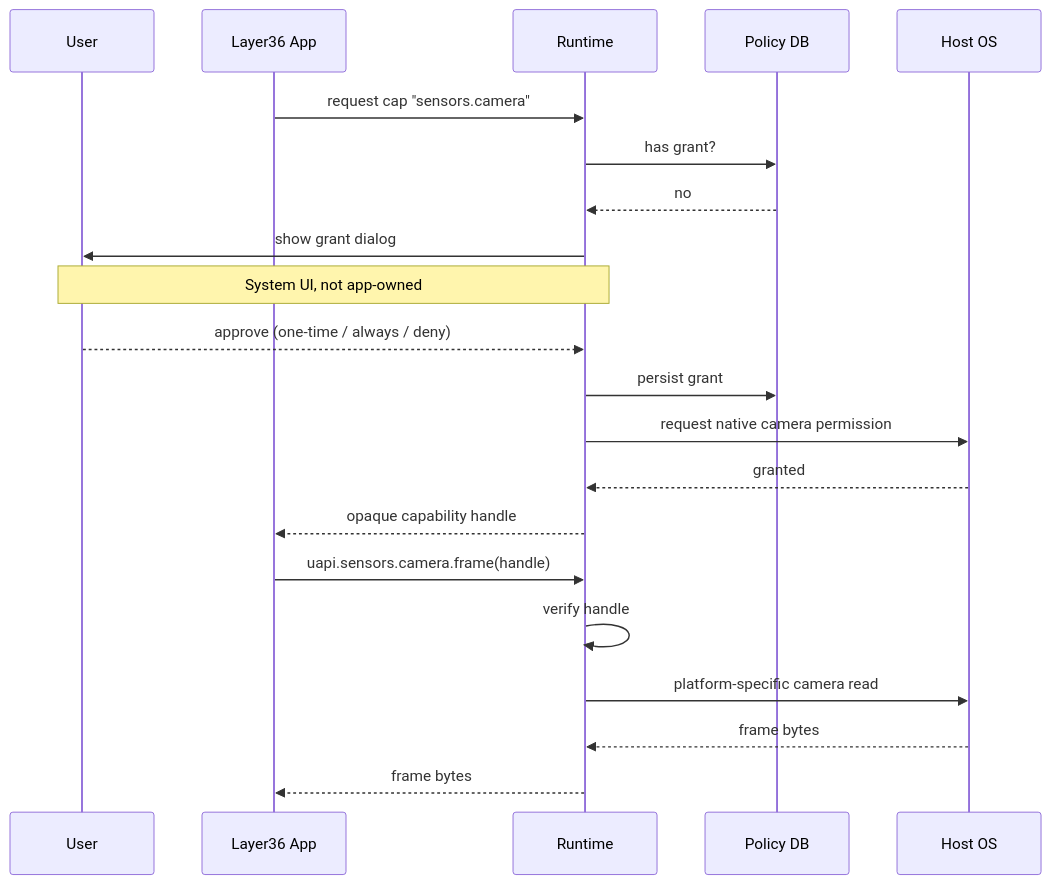
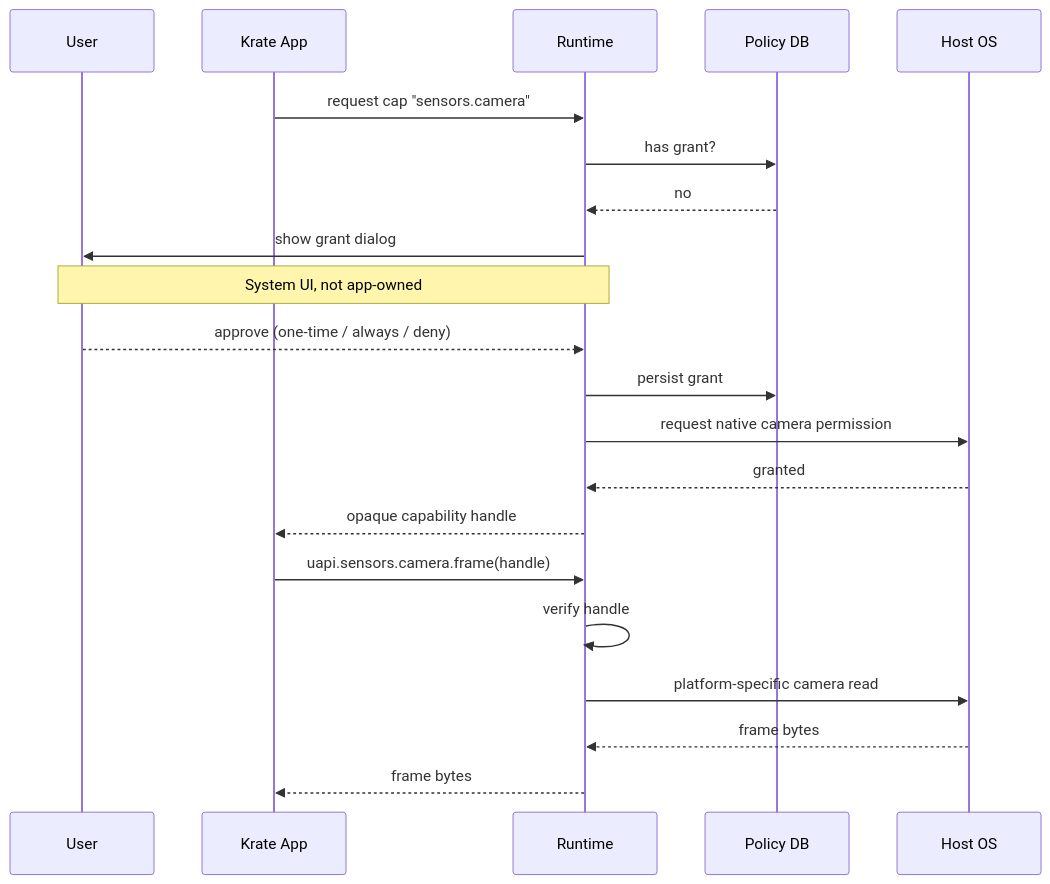
One commit to incyashraj/krate changed the fifth of 10 diagrams in Plan/Build-Plan.md. Above: the diagram before and after it, drawn with Mermaid. The commit also changed other lines of this file and 342 other files, not shown here.

First line of the commit message:
feat!: rename Layer36 to Krate across the entire system (A9 Phase B)

````diff
--- a/Plan/Build-Plan.md
+++ b/Plan/Build-Plan.md
@@ -329,24 +329,24 @@
 ```mermaid
 sequenceDiagram
     participant U as User
-    participant App as Layer36 App
+    participant App as Krate App
     participant Rt as Runtime
     participant DB as Policy DB
     participant Host as Host OS
 
     App->>Rt: request cap "sensors.camera"
     Rt->>DB: has grant?
     DB-->>Rt: no
     Rt->>U: show grant dialog
     Note over U,Rt: System UI, not app-owned
     U-->>Rt: approve (one-time / always / deny)
     Rt->>DB: persist grant
     Rt->>Host: request native camera permission
     Host-->>Rt: granted
     Rt-->>App: opaque capability handle
     App->>Rt: uapi.sensors.camera.frame(handle)
     Rt->>Rt: verify handle
     Rt->>Host: platform-specific camera read
     Host-->>Rt: frame bytes
     Rt-->>App: frame bytes
 ```
````
